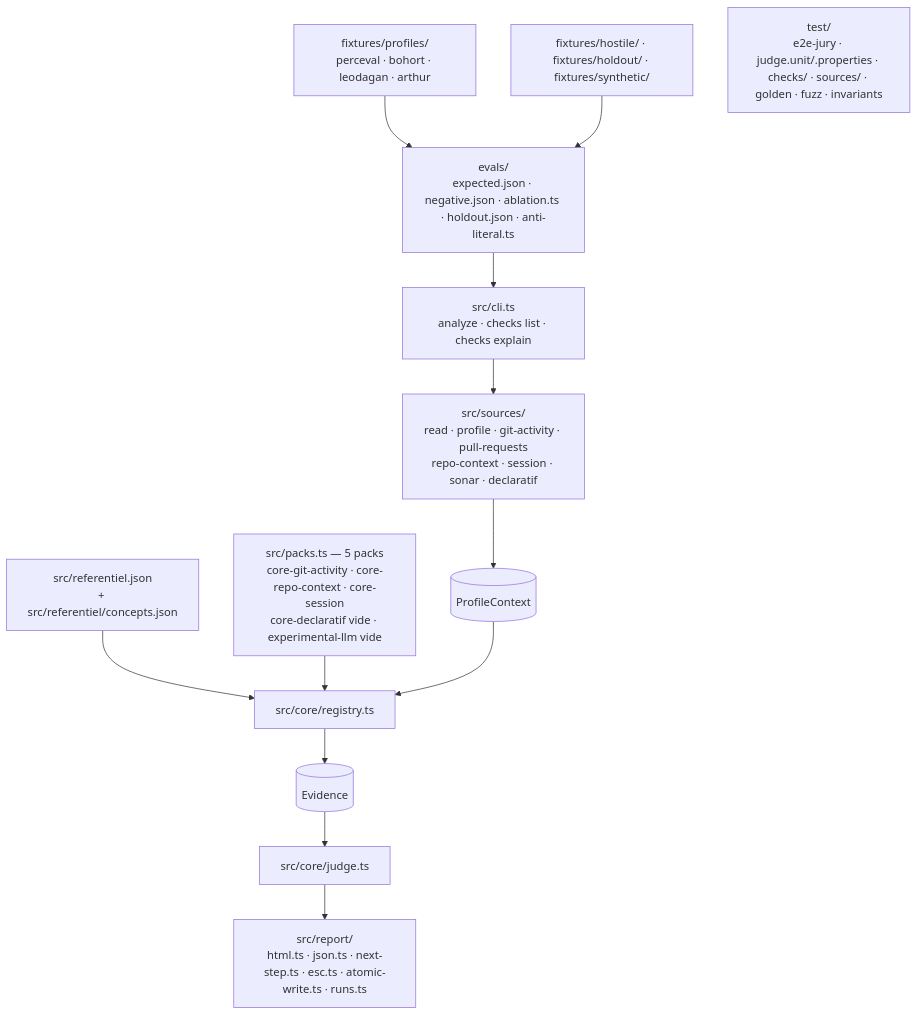
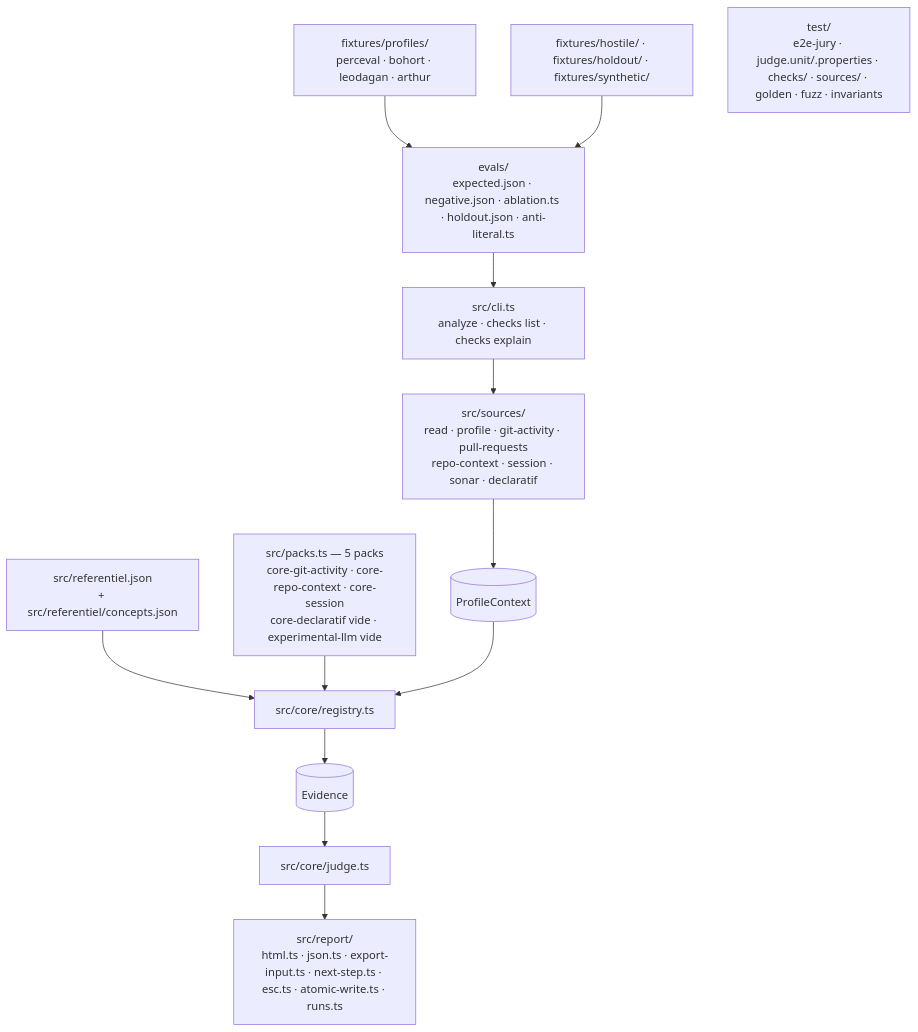
The diagram in aidd_docs/memory/codebase-map.md (Nanaki/recognAIze), drawn with Mermaid before and after one commit. The commit also changed other lines of this file and 19 other files, not shown here.

````diff
--- a/aidd_docs/memory/codebase-map.md
+++ b/aidd_docs/memory/codebase-map.md
@@ -13,13 +13,13 @@
 ```mermaid
 flowchart TD
     CLI[src/cli.ts<br/>analyze · checks list · checks explain] --> SRC[src/sources/<br/>read · profile · git-activity · pull-requests<br/>repo-context · session · sonar · declaratif]
     SRC --> CTX[(ProfileContext)]
     REF[src/referentiel.json<br/>+ src/referentiel/concepts.json] --> REG[src/core/registry.ts]
     PK[src/packs.ts — 5 packs<br/>core-git-activity · core-repo-context · core-session<br/>core-declaratif vide · experimental-llm vide] --> REG
     CTX --> REG --> EV[(Evidence)]
-    EV --> J[src/core/judge.ts] --> REP[src/report/<br/>html.ts · json.ts · next-step.ts · esc.ts · atomic-write.ts · runs.ts]
+    EV --> J[src/core/judge.ts] --> REP[src/report/<br/>html.ts · json.ts · export-input.ts · next-step.ts · esc.ts · atomic-write.ts · runs.ts]
     FX[fixtures/profiles/<br/>perceval · bohort · leodagan · arthur] --> EVAL[evals/<br/>expected.json · negative.json · ablation.ts · holdout.json · anti-literal.ts]
     HOST[fixtures/hostile/ · fixtures/holdout/ · fixtures/synthetic/] --> EVAL
     EVAL --> CLI
     T[test/<br/>e2e-jury · judge.unit/.properties · checks/ · sources/ · golden · fuzz · invariants]
 ```
````
